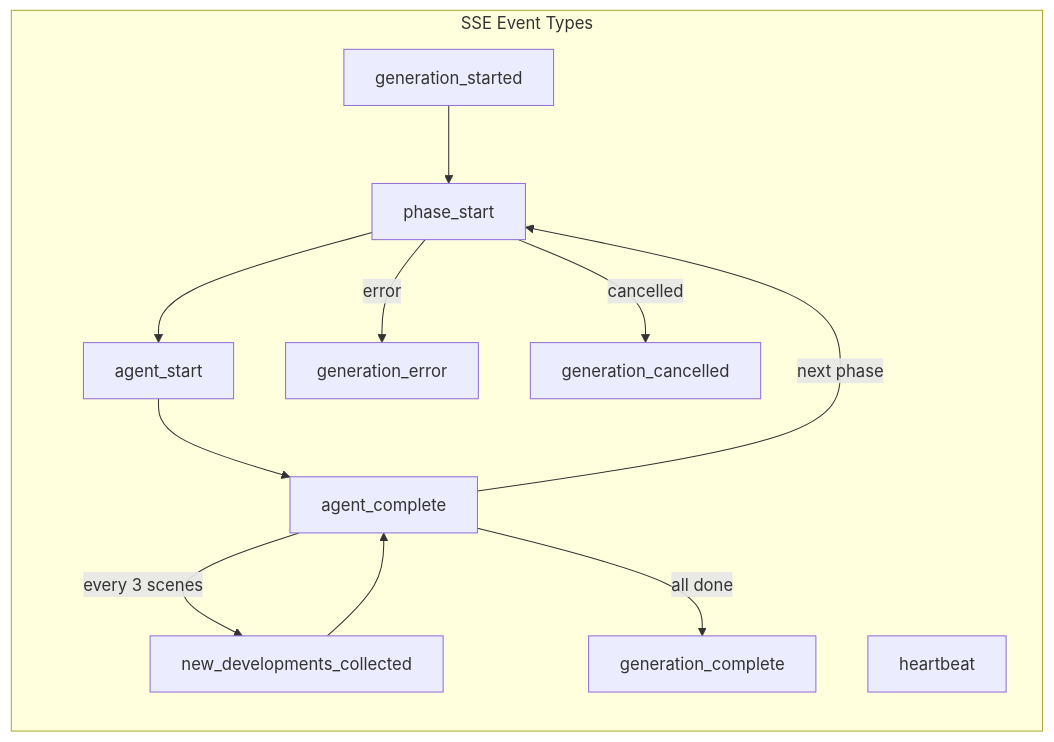
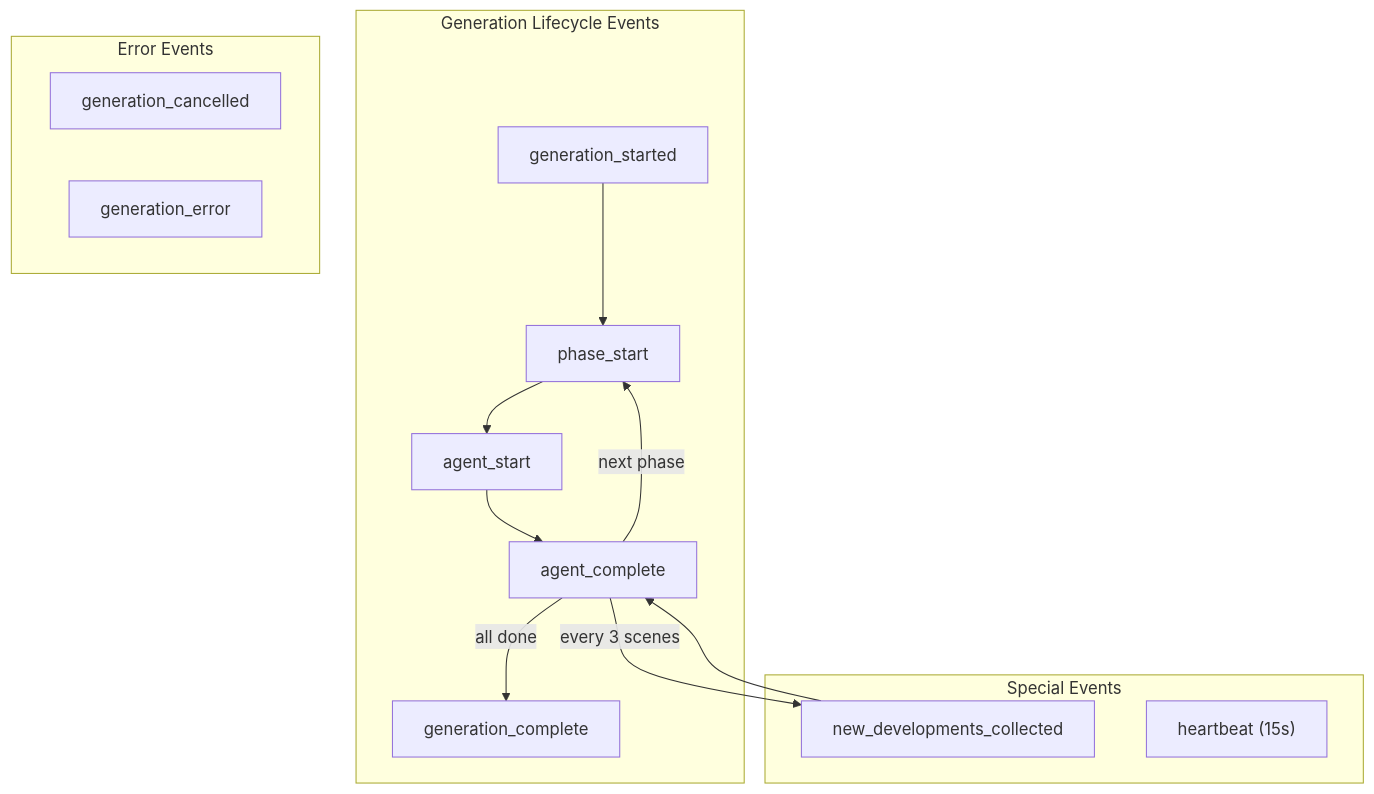
One commit to IShalkin/manoe changed the eighth of 9 diagrams in README.md. Above: the diagram before and after it, drawn with Mermaid. The commit also changed other lines of this file, not shown here.

First line of the commit message:
feat: Enhance Mermaid diagrams with better styling and more detail

````diff
--- a/README.md
+++ b/README.md
@@ -285,24 +404,23 @@
 ```mermaid
-flowchart LR
-    subgraph Events["SSE Event Types"]
-        E1["generation_started"]
-        E2["phase_start"]
-        E3["agent_start"]
-        E4["agent_complete"]
-        E5["new_developments_collected"]
-        E6["generation_complete"]
-        E7["generation_cancelled"]
-        E8["generation_error"]
-        E9["heartbeat"]
+flowchart TB
+    subgraph Lifecycle["Generation Lifecycle Events"]
+        Start["generation_started"] --> Phase["phase_start"]
+        Phase --> Agent["agent_start"]
+        Agent --> Complete["agent_complete"]
+        Complete -->|next phase| Phase
+        Complete -->|all done| Done["generation_complete"]
     end
     
-    E1 --> E2
-    E2 --> E3
-    E3 --> E4
-    E4 -->|next phase| E2
-    E4 -->|every 3 scenes| E5
-    E5 --> E4
-    E4 -->|all done| E6
-    E2 -->|error| E8
-    E2 -->|cancelled| E7
+    subgraph Special["Special Events"]
+        Archivist["new_developments_collected"]
+        Heartbeat["heartbeat (15s)"]
+    end
+    
+    subgraph Errors["Error Events"]
+        Cancel["generation_cancelled"]
+        Error["generation_error"]
+    end
+    
+    Complete -->|every 3 scenes| Archivist
+    Archivist --> Complete
 ```
````
